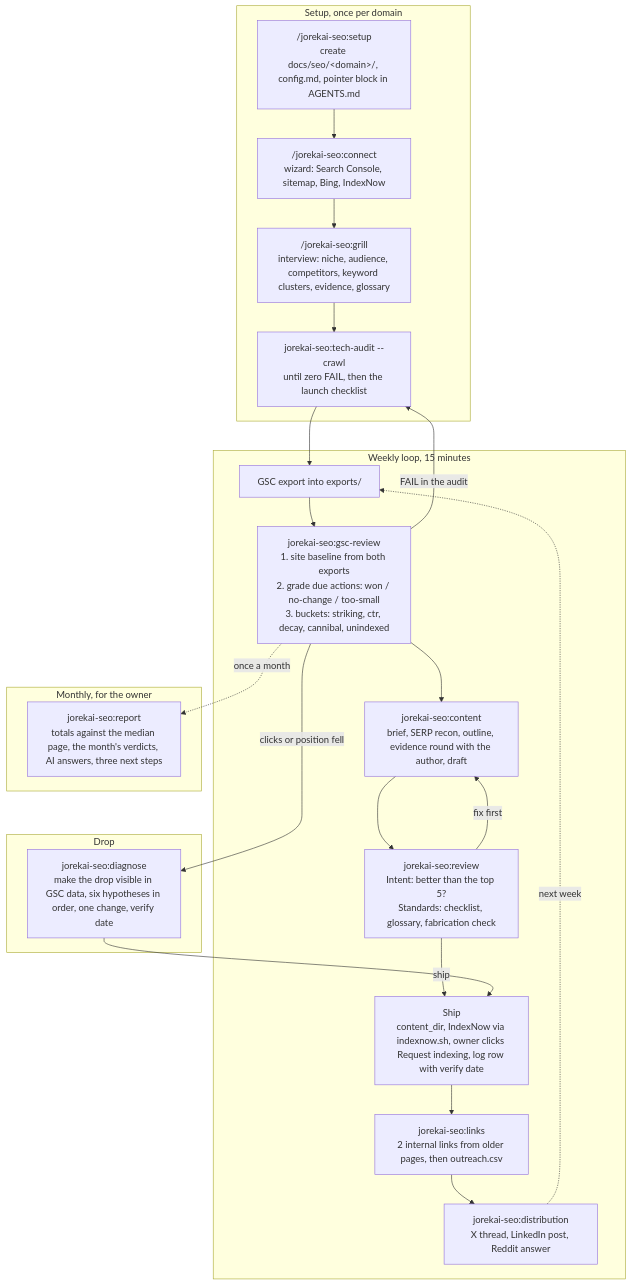
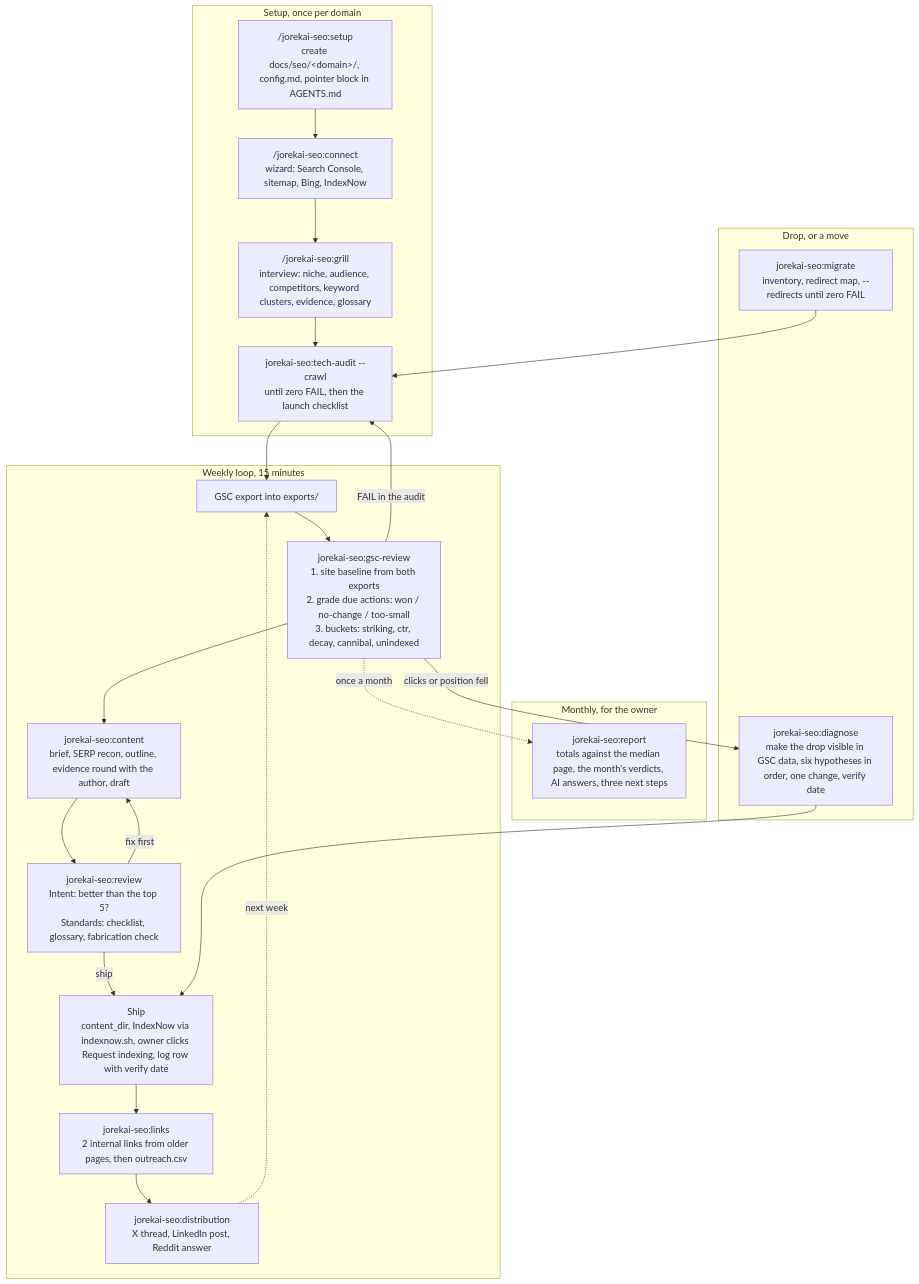
One commit to jorekai/jorekai-skills changed the diagram in README.md. Above: the diagram before and after it, drawn with Mermaid. The commit also changed other lines of this file and 11 other files, not shown here.

First line of the commit message:
feat: migrate, and a redirect map the audit can verify

````diff
--- a/README.md
+++ b/README.md
@@ -25,38 +25,40 @@
 ```mermaid
 flowchart TD
     subgraph E["Setup, once per domain"]
         S1["/jorekai-seo:setup<br/>create docs/seo/&lt;domain&gt;/, config.md, pointer block in AGENTS.md"]
         S2["/jorekai-seo:connect<br/>wizard: Search Console, sitemap, Bing, IndexNow"]
         S3["/jorekai-seo:grill<br/>interview: niche, audience, competitors, keyword clusters, evidence, glossary"]
         S4["jorekai-seo:tech-audit --crawl<br/>until zero FAIL, then the launch checklist"]
         S1 --> S2 --> S3 --> S4
     end
 
     subgraph W["Weekly loop, 15 minutes"]
         W0["GSC export into exports/"]
         W1["jorekai-seo:gsc-review<br/>1. site baseline from both exports<br/>2. grade due actions: won / no-change / too-small<br/>3. buckets: striking, ctr, decay, cannibal, unindexed"]
         W2["jorekai-seo:content<br/>brief, SERP recon, outline, evidence round with the author, draft"]
         W3["jorekai-seo:review<br/>Intent: better than the top 5?<br/>Standards: checklist, glossary, fabrication check"]
         W4["Ship<br/>content_dir, IndexNow via indexnow.sh, owner clicks Request indexing, log row with verify date"]
         W5["jorekai-seo:links<br/>2 internal links from older pages, then outreach.csv"]
         W6["jorekai-seo:distribution<br/>X thread, LinkedIn post, Reddit answer"]
         W0 --> W1 --> W2 --> W3
         W3 -- "fix first" --> W2
         W3 -- "ship" --> W4 --> W5 --> W6
         W6 -. "next week" .-> W0
     end
 
     subgraph M["Monthly, for the owner"]
         M1["jorekai-seo:report<br/>totals against the median page, the month's verdicts, AI answers, three next steps"]
     end
 
-    subgraph D["Drop"]
+    subgraph D["Drop, or a move"]
         D1["jorekai-seo:diagnose<br/>make the drop visible in GSC data, six hypotheses in order, one change, verify date"]
+        D2["jorekai-seo:migrate<br/>inventory, redirect map, --redirects until zero FAIL"]
     end
 
     S4 --> W0
     W1 -. "once a month" .-> M1
     W1 -- "clicks or position fell" --> D1
     D1 --> W4
+    D2 --> S4
     W1 -- "FAIL in the audit" --> S4
 ```
````
